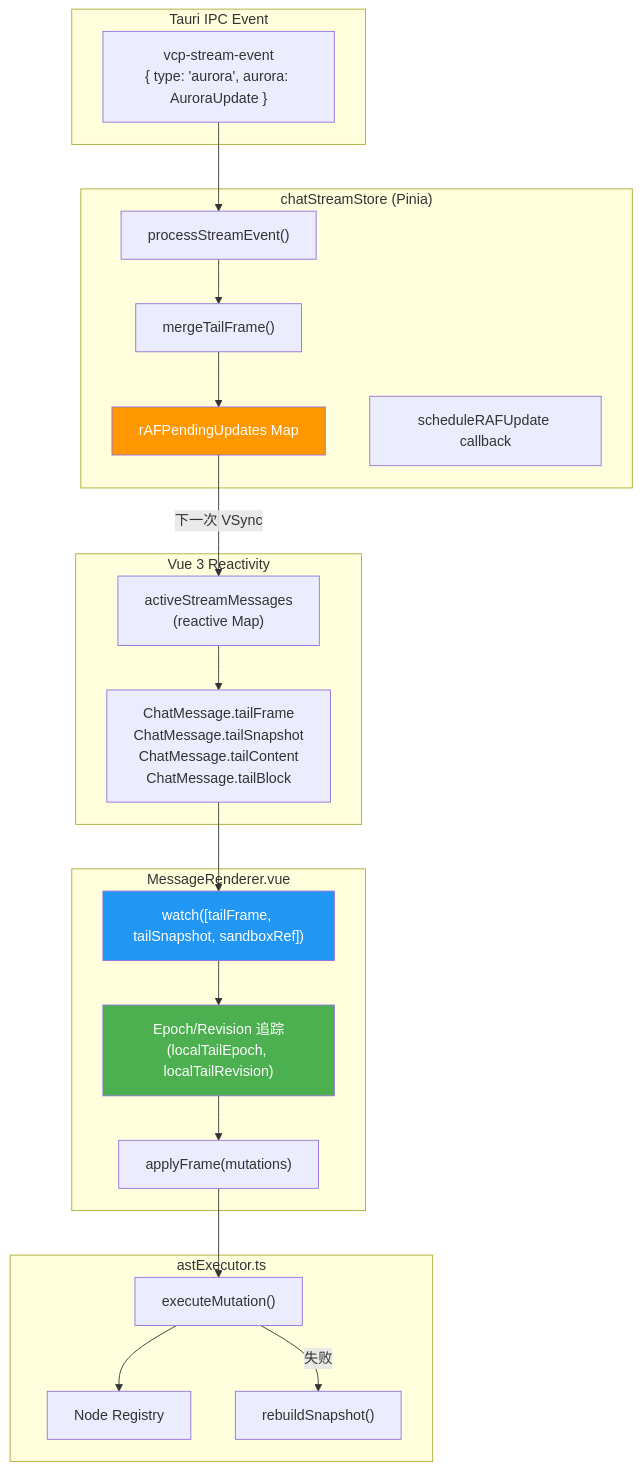
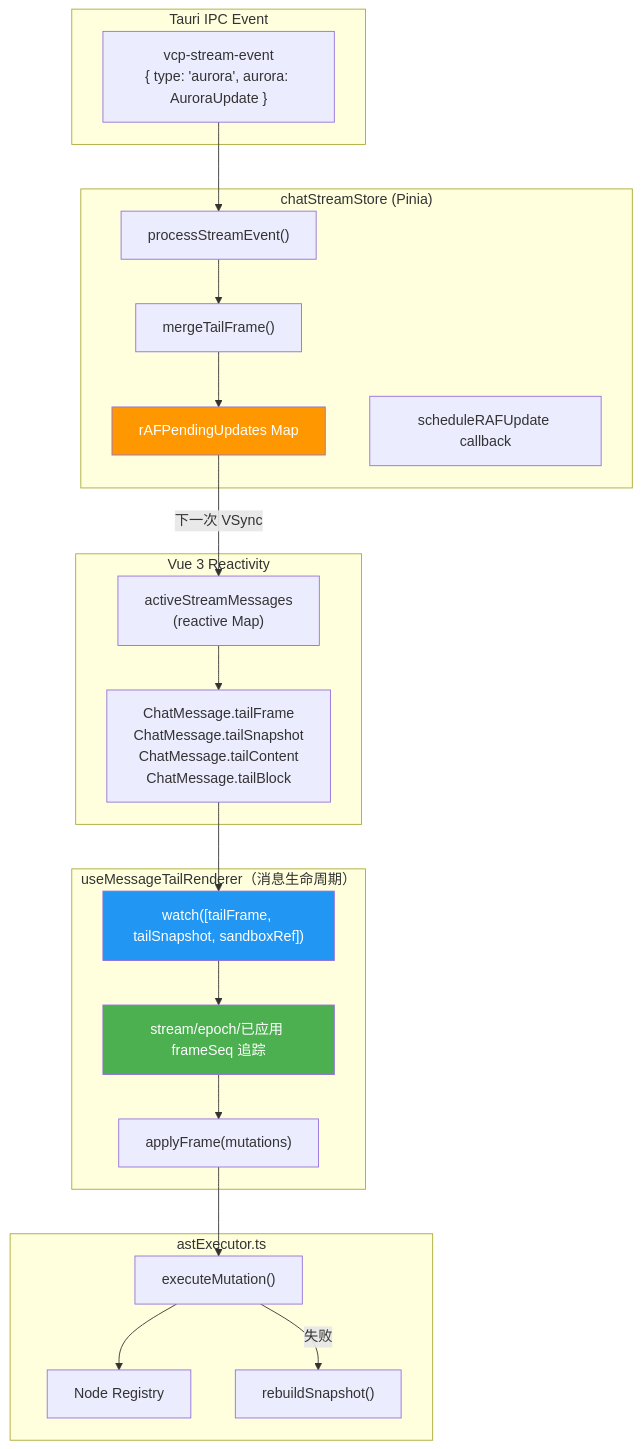
Before and after one commit to MRiecy/VCPMobile: the first of 5 diagrams in docs/modules/ast-diff/05_MessageRenderer集成与rAF渲染节流.md, drawn with Mermaid. The commit also changed other lines of this file and 24 other files, not shown here.

````diff
--- a/docs/modules/ast-diff/05_MessageRenderer集成与rAF渲染节流.md
+++ b/docs/modules/ast-diff/05_MessageRenderer集成与rAF渲染节流.md
@@ -25,46 +28,46 @@
 ```mermaid
 flowchart TD
     subgraph IPC["Tauri IPC Event"]
         SE["vcp-stream-event<br/>{ type: 'aurora', aurora: AuroraUpdate }"]
     end
 
     subgraph Store["chatStreamStore (Pinia)"]
         PS["processStreamEvent()"]
         RAF["rAFPendingUpdates Map"]
         M["mergeTailFrame()"]
         RL["scheduleRAFUpdate callback"]
     end
 
     subgraph Vue["Vue 3 Reactivity"]
         ASM["activeStreamMessages<br/>(reactive Map)"]
         CM["ChatMessage.tailFrame<br/>ChatMessage.tailSnapshot<br/>ChatMessage.tailContent<br/>ChatMessage.tailBlock"]
     end
 
-    subgraph Component["MessageRenderer.vue"]
+    subgraph Component["useMessageTailRenderer（消息生命周期）"]
         W["watch([tailFrame, tailSnapshot, sandboxRef])"]
-        EP["Epoch/Revision 追踪<br/>(localTailEpoch, localTailRevision)"]
+        EP["stream/epoch/已应用 frameSeq 追踪"]
         AF["applyFrame(mutations)"]
     end
 
     subgraph Executor["astExecutor.ts"]
         EM["executeMutation()"]
         NR["Node Registry"]
         RS["rebuildSnapshot()"]
     end
 
     SE --> PS
     PS --> M
     M --> RAF
     RAF -->|"下一次 VSync"| ASM
     ASM --> CM
     CM --> W
     W --> EP
     EP --> AF
     AF --> EM
     EM --> NR
     EM -->|"失败"| RS
 
     style RAF fill:#ff9800,color:#fff
     style W fill:#2196f3,color:#fff
     style EP fill:#4caf50,color:#fff
 ```
````
